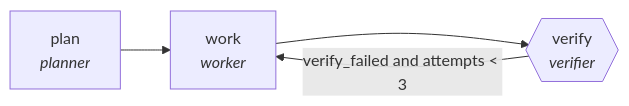
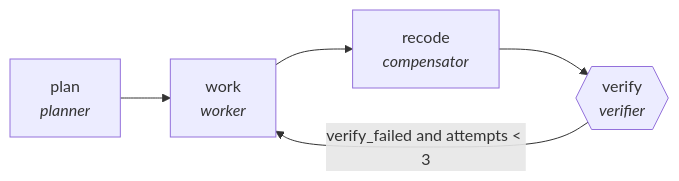
One commit to ypollak2/agenticgraphs changed the diagram in docs/traces/medical-coding-audit.md. Above: the diagram before and after it, drawn with Mermaid. The commit also changed other lines of this file and 62 other files, not shown here.

````diff
--- a/docs/traces/medical-coding-audit.md
+++ b/docs/traces/medical-coding-audit.md
@@ -10,9 +10,11 @@
 ```mermaid
 flowchart LR
     N0["plan<br/><i>planner</i>"]
     N1["work<br/><i>worker</i>"]
-    N2{{"verify<br/><i>verifier</i>"}}
+    N2["recode<br/><i>compensator</i>"]
+    N3{{"verify<br/><i>verifier</i>"}}
     N0 --> N1
     N1 --> N2
-    N2 -->|verify_failed and attempts < 3| N1
+    N2 --> N3
+    N3 -->|verify_failed and attempts < 3| N1
 ```
````
